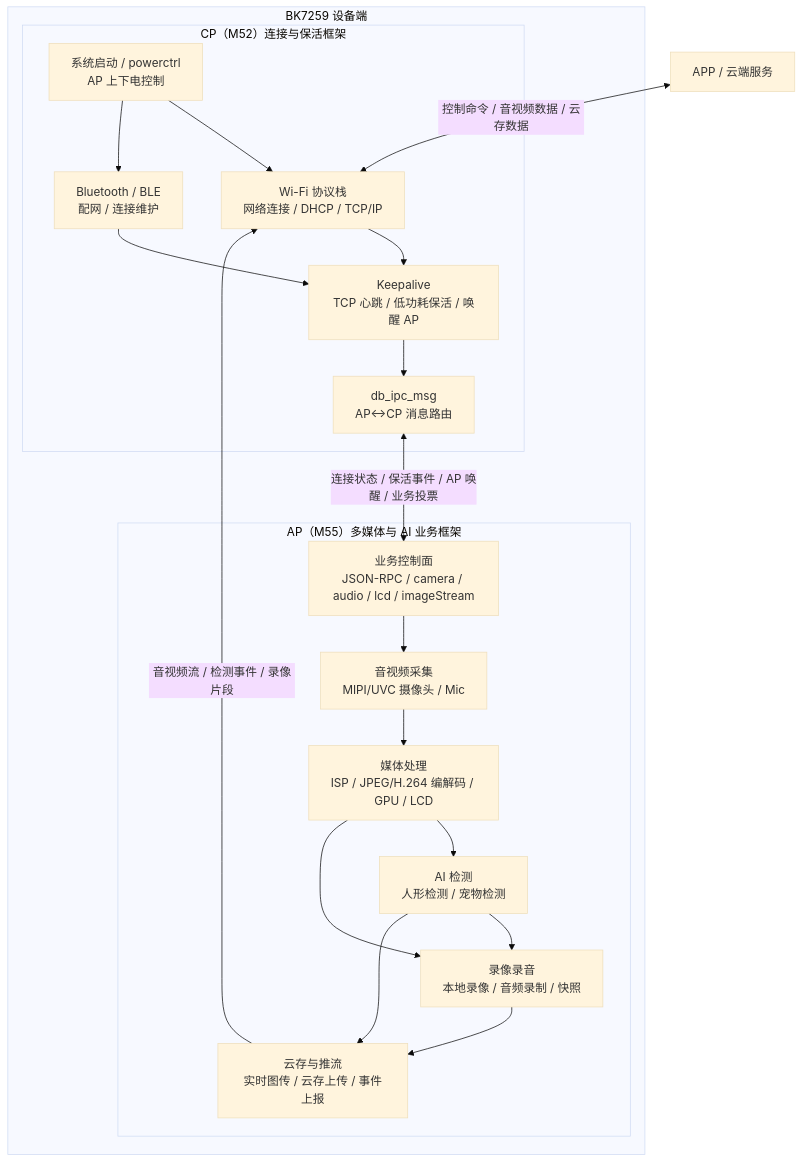
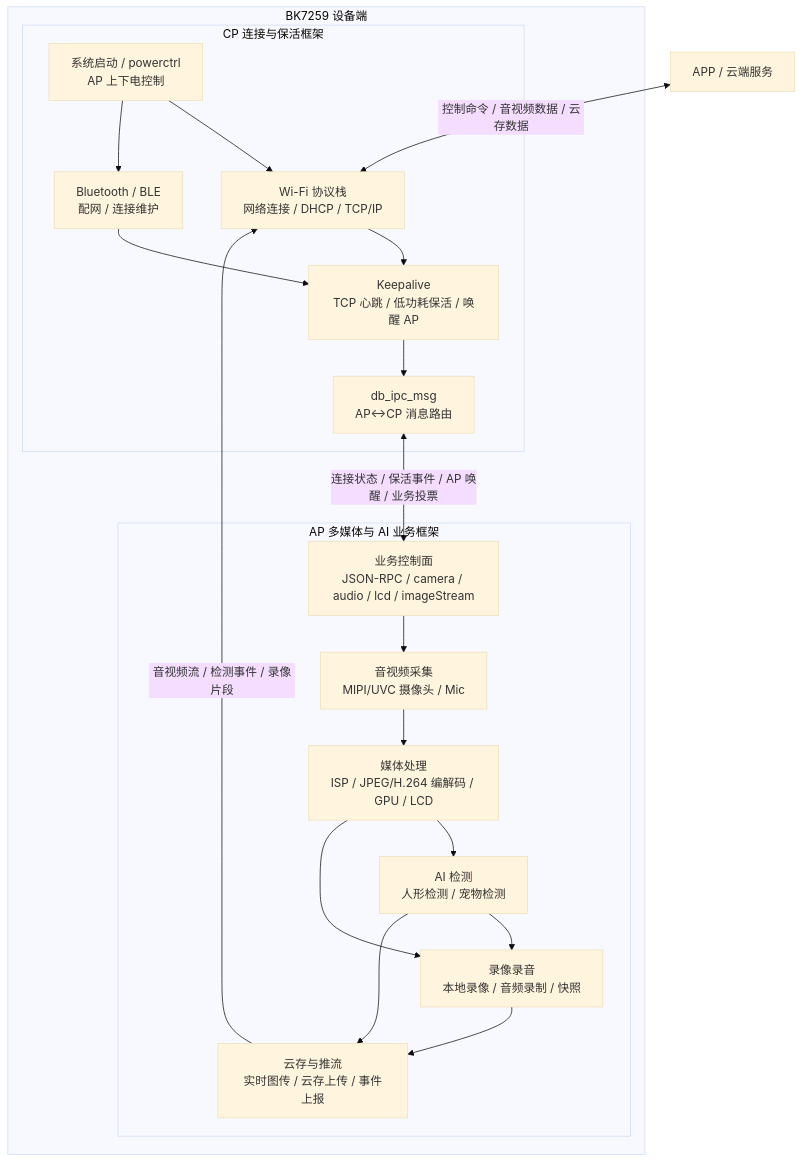
One commit to bekencorp/bk_solution_doorbell changed the diagram in projects/video_intercom/README_CN.md. Above: the diagram before and after it, drawn with Mermaid (base theme). The commit also changed other lines of this file and 1 other file, not shown here.

````diff
--- a/projects/video_intercom/README_CN.md
+++ b/projects/video_intercom/README_CN.md
@@ -134,37 +136,37 @@
 ```mermaid
 flowchart TB
     subgraph DEV["BK7259 设备端"]
-        subgraph CP["CP（M52）连接与保活框架"]
+        subgraph CP["CP 连接与保活框架"]
             CP_BOOT["系统启动 / powerctrl\nAP 上下电控制"]
             CP_NET["Wi-Fi 协议栈\n网络连接 / DHCP / TCP/IP"]
             CP_BT["Bluetooth / BLE\n配网 / 连接维护"]
             CP_KEEP["Keepalive\nTCP 心跳 / 低功耗保活 / 唤醒 AP"]
             CP_IPC["db_ipc_msg\nAP↔CP 消息路由"]
             CP_BOOT --> CP_NET
             CP_BOOT --> CP_BT
             CP_NET --> CP_KEEP
             CP_BT --> CP_KEEP
             CP_KEEP --> CP_IPC
         end
 
-        subgraph AP["AP（M55）多媒体与 AI 业务框架"]
+        subgraph AP["AP 多媒体与 AI 业务框架"]
             AP_CTRL["业务控制面\nJSON-RPC / camera / audio / lcd / imageStream"]
             AP_CAP["音视频采集\nMIPI/UVC 摄像头 / Mic"]
             AP_MEDIA["媒体处理\nISP / JPEG/H.264 编解码 / GPU / LCD"]
             AP_AI["AI 检测\n人形检测 / 宠物检测"]
             AP_REC["录像录音\n本地录像 / 音频录制 / 快照"]
             AP_STREAM["云存与推流\n实时图传 / 云存上传 / 事件上报"]
             AP_CTRL --> AP_CAP
             AP_CAP --> AP_MEDIA
             AP_MEDIA --> AP_AI
             AP_MEDIA --> AP_REC
             AP_AI --> AP_REC
             AP_AI --> AP_STREAM
             AP_REC --> AP_STREAM
         end
     end
 
     APP["APP / 云端服务"] <-->|控制命令 / 音视频数据 / 云存数据| CP_NET
     CP_IPC <-->|连接状态 / 保活事件 / AP 唤醒 / 业务投票| AP_CTRL
     AP_STREAM -->|音视频流 / 检测事件 / 录像片段| CP_NET
 ```
````
